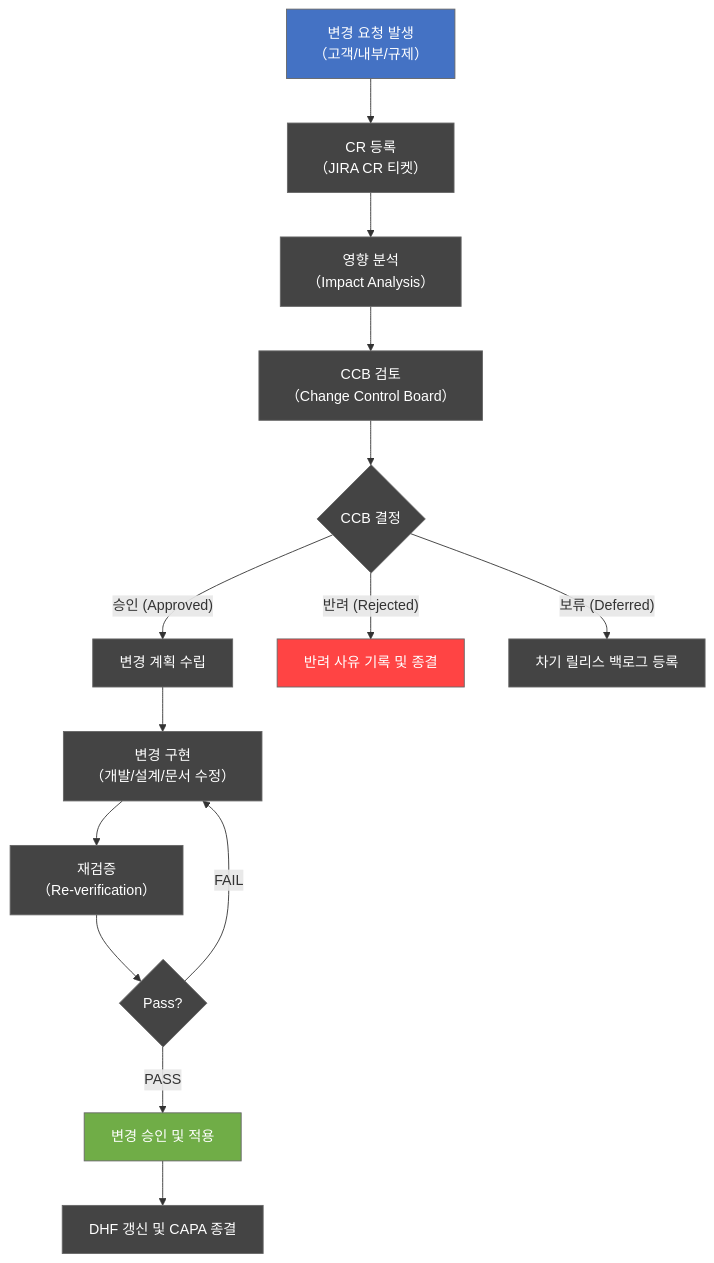
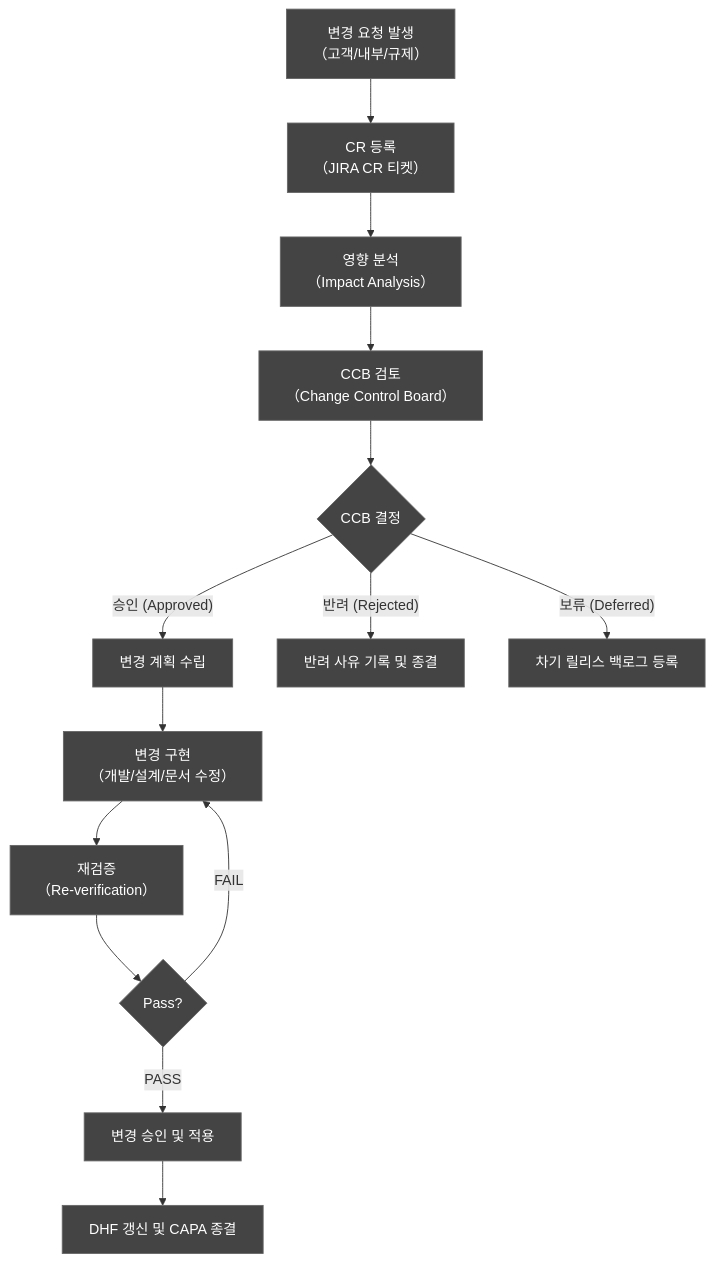
Before and after one commit to holee9/console-gui: diagram 13 of 13 in docs/management/DOC-003_SW_Development_Guideline_v1.0.md, drawn with Mermaid. The commit also changed other lines of this file and 35 other files, not shown here.

First line of the commit message:
fix: 전체 Mermaid 차트 색상 진한 회색 통일

````diff
--- a/docs/management/DOC-003_SW_Development_Guideline_v1.0.md
+++ b/docs/management/DOC-003_SW_Development_Guideline_v1.0.md
@@ -1246,21 +1246,21 @@
 ```mermaid
 flowchart TD
     classDef default fill:#444,stroke:#666,color:#fff
     A["변경 요청 발생<br/>（고객/내부/규제）"] --> B["CR 등록<br/>（JIRA CR 티켓）"]
     B --> C["영향 분석<br/>（Impact Analysis）"]
     C --> D["CCB 검토<br/>（Change Control Board）"]
     D --> E{CCB 결정}
     E -->|"승인 (Approved)"| F["변경 계획 수립"]
     E -->|"반려 (Rejected)"| G["반려 사유 기록 및 종결"]
     E -->|"보류 (Deferred)"| H["차기 릴리스 백로그 등록"]
     F --> I["변경 구현<br/>（개발/설계/문서 수정）"]
     I --> J["재검증<br/>（Re-verification）"]
     J --> K{Pass?}
     K -->|"PASS"| L["변경 승인 및 적용"]
     K -->|"FAIL"| I
     L --> M["DHF 갱신 및 CAPA 종결"]
 
-    style A fill:#4472C4,color:#fff
-    style L fill:#70AD47,color:#fff
-    style G fill:#FF4444,color:#fff
+    style A fill:#444,color:#fff
+    style L fill:#444,color:#fff
+    style G fill:#444,color:#fff
 ```
````
